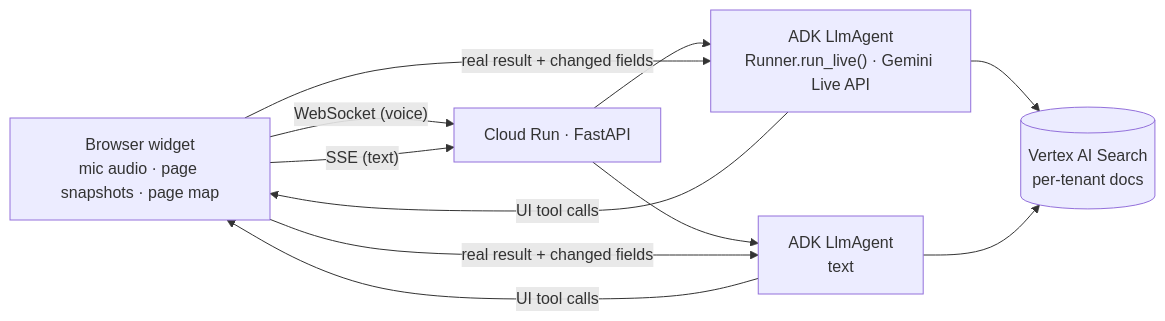
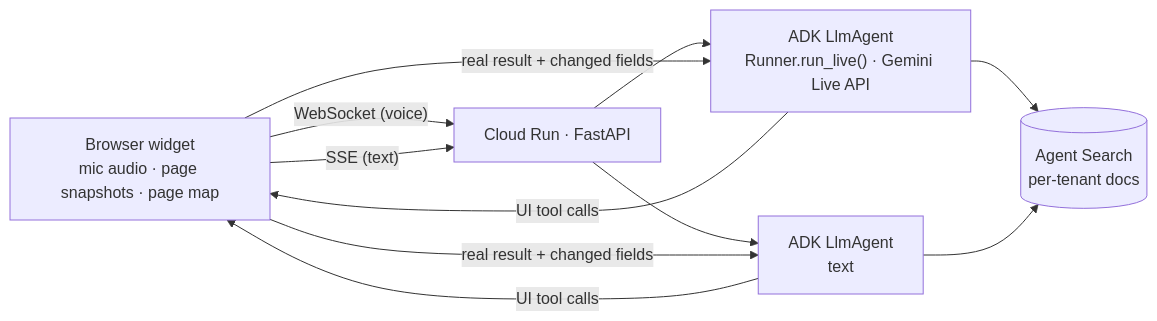
Before and after one commit to GoogleCloudPlatform/generative-ai: the diagram in gemini/multimodal-live-api/wayfinder/README.md, drawn with Mermaid. The commit also changed other lines of this file and 14 other files, not shown here.

````diff
--- a/gemini/multimodal-live-api/wayfinder/README.md
+++ b/gemini/multimodal-live-api/wayfinder/README.md
@@ -25,13 +25,13 @@
 ```mermaid
 flowchart LR
   B["Browser widget<br/>mic audio · page snapshots · page map"] -- "WebSocket (voice)" --> S["Cloud Run · FastAPI"]
   B -- "SSE (text)" --> S
   S --> V["ADK LlmAgent<br/>Runner.run_live() · Gemini Live API"]
   S --> T["ADK LlmAgent<br/>text"]
   V -- "UI tool calls" --> B
   T -- "UI tool calls" --> B
   B -- "real result + changed fields" --> V
   B -- "real result + changed fields" --> T
-  V --> R[("Vertex AI Search<br/>per-tenant docs")]
+  V --> R[("Agent Search<br/>per-tenant docs")]
   T --> R
 ```
````
